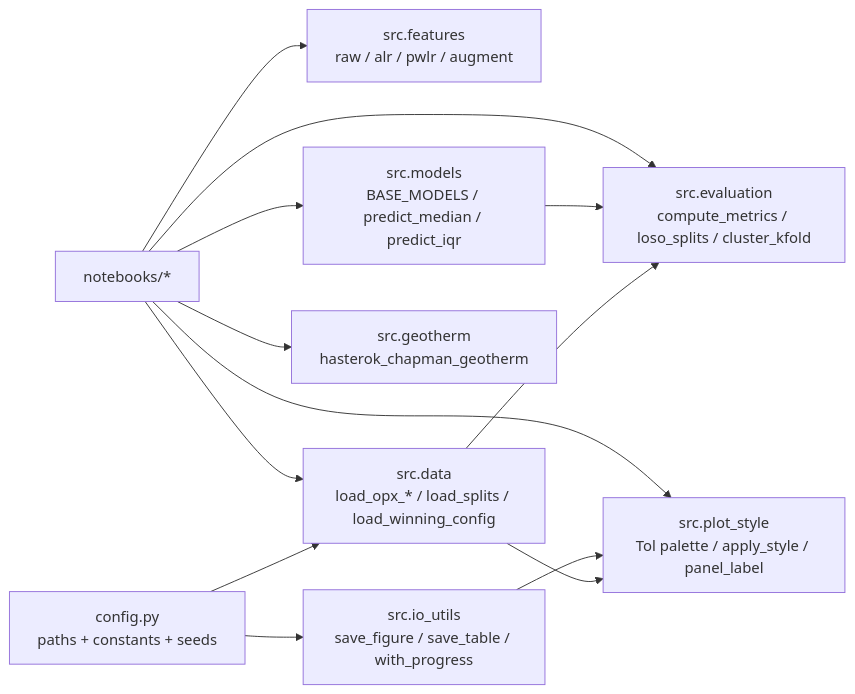
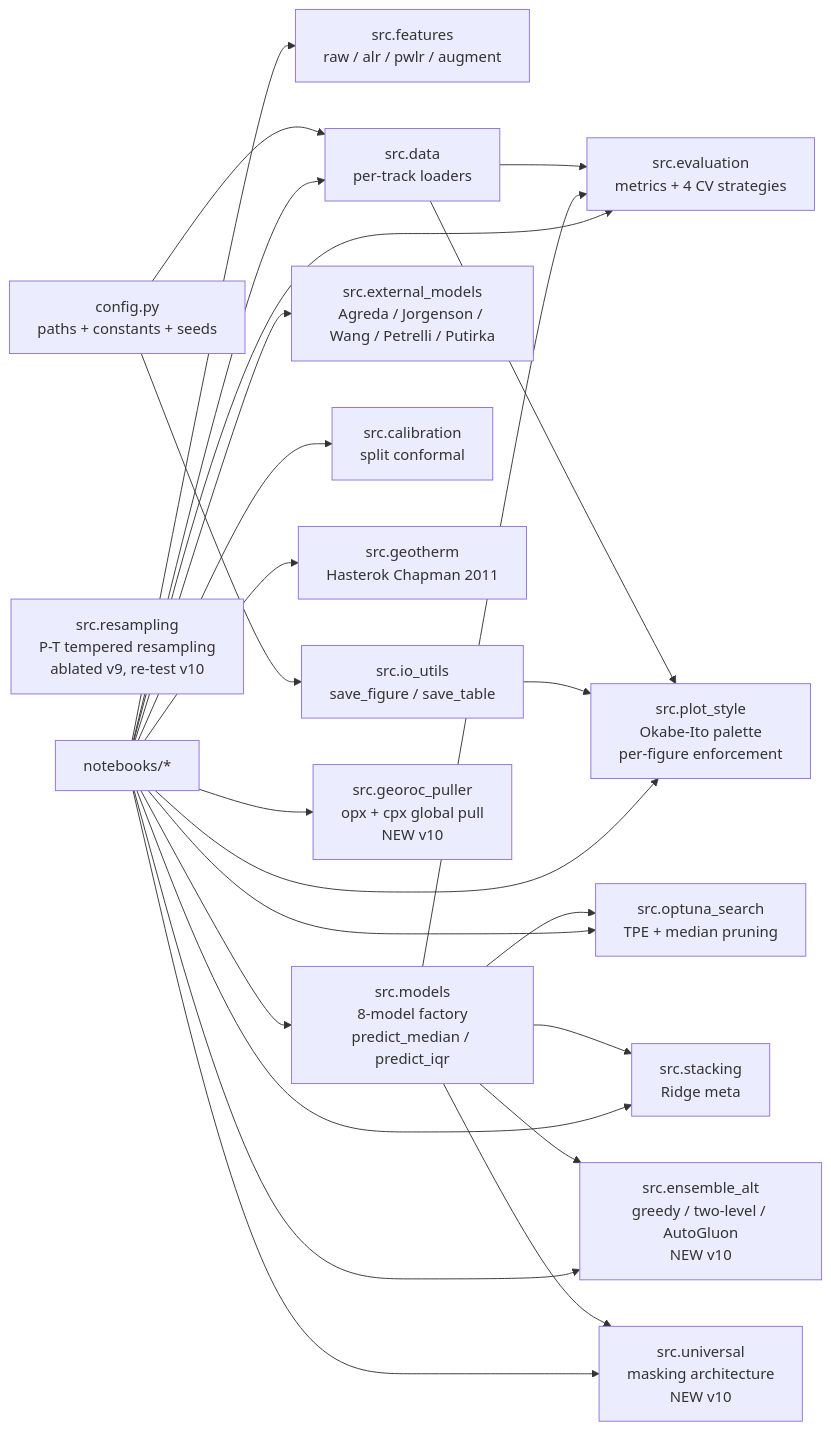
One commit to NoisySnooper/Orthopyroxene-ML-Project changed the second of 2 diagrams in PROJECT_OVERVIEW.md. Above: the diagram before and after it, drawn with Mermaid. The commit also changed other lines of this file and 377 other files, not shown here.

Commit message:
Phase A: cleanup results/figures/models, delete __pycache__, create manuscript/models scaffolds, generate data/hashes.json

````diff
--- a/PROJECT_OVERVIEW.md
+++ b/PROJECT_OVERVIEW.md
@@ -46,25 +137,44 @@
 ```mermaid
 flowchart LR
     CONFIG[config.py<br/>paths + constants + seeds]
     FEATURES[src.features<br/>raw / alr / pwlr / augment]
-    MODELS[src.models<br/>BASE_MODELS / predict_median / predict_iqr]
-    DATA[src.data<br/>load_opx_* / load_splits / load_winning_config]
-    EVAL[src.evaluation<br/>compute_metrics / loso_splits / cluster_kfold]
-    GEO[src.geotherm<br/>hasterok_chapman_geotherm]
-    IO[src.io_utils<br/>save_figure / save_table / with_progress]
-    PLOT[src.plot_style<br/>Tol palette / apply_style / panel_label]
+    MODELS[src.models<br/>8-model factory<br/>predict_median / predict_iqr]
+    DATA[src.data<br/>per-track loaders]
+    EVAL[src.evaluation<br/>metrics + 4 CV strategies]
+    EXT[src.external_models<br/>Agreda / Jorgenson / Wang / Petrelli / Putirka]
+    OPTUNA[src.optuna_search<br/>TPE + median pruning]
+    RESAMPLE[src.resampling<br/>P-T tempered resampling<br/>ablated v9, re-test v10]
+    STACK[src.stacking<br/>Ridge meta]
+    ENSEMBLE_ALT[src.ensemble_alt<br/>greedy / two-level / AutoGluon<br/>NEW v10]
+    CALIB[src.calibration<br/>split conformal]
+    GEO[src.geotherm<br/>Hasterok Chapman 2011]
+    IO[src.io_utils<br/>save_figure / save_table]
+    PLOT[src.plot_style<br/>Okabe-Ito palette<br/>per-figure enforcement]
+    UNIV[src.universal<br/>masking architecture<br/>NEW v10]
+    GEOROC[src.georoc_puller<br/>opx + cpx global pull<br/>NEW v10]
 
     CONFIG --> DATA
     CONFIG --> IO
     DATA --> EVAL
     DATA --> PLOT
     MODELS --> EVAL
+    MODELS --> OPTUNA
+    MODELS --> STACK
+    MODELS --> ENSEMBLE_ALT
+    MODELS --> UNIV
     IO --> PLOT
 
     NB[notebooks/*] --> FEATURES
     NB --> MODELS
     NB --> DATA
     NB --> EVAL
+    NB --> EXT
+    NB --> OPTUNA
+    NB --> STACK
+    NB --> ENSEMBLE_ALT
+    NB --> CALIB
     NB --> GEO
     NB --> PLOT
+    NB --> UNIV
+    NB --> GEOROC
 ```
````
